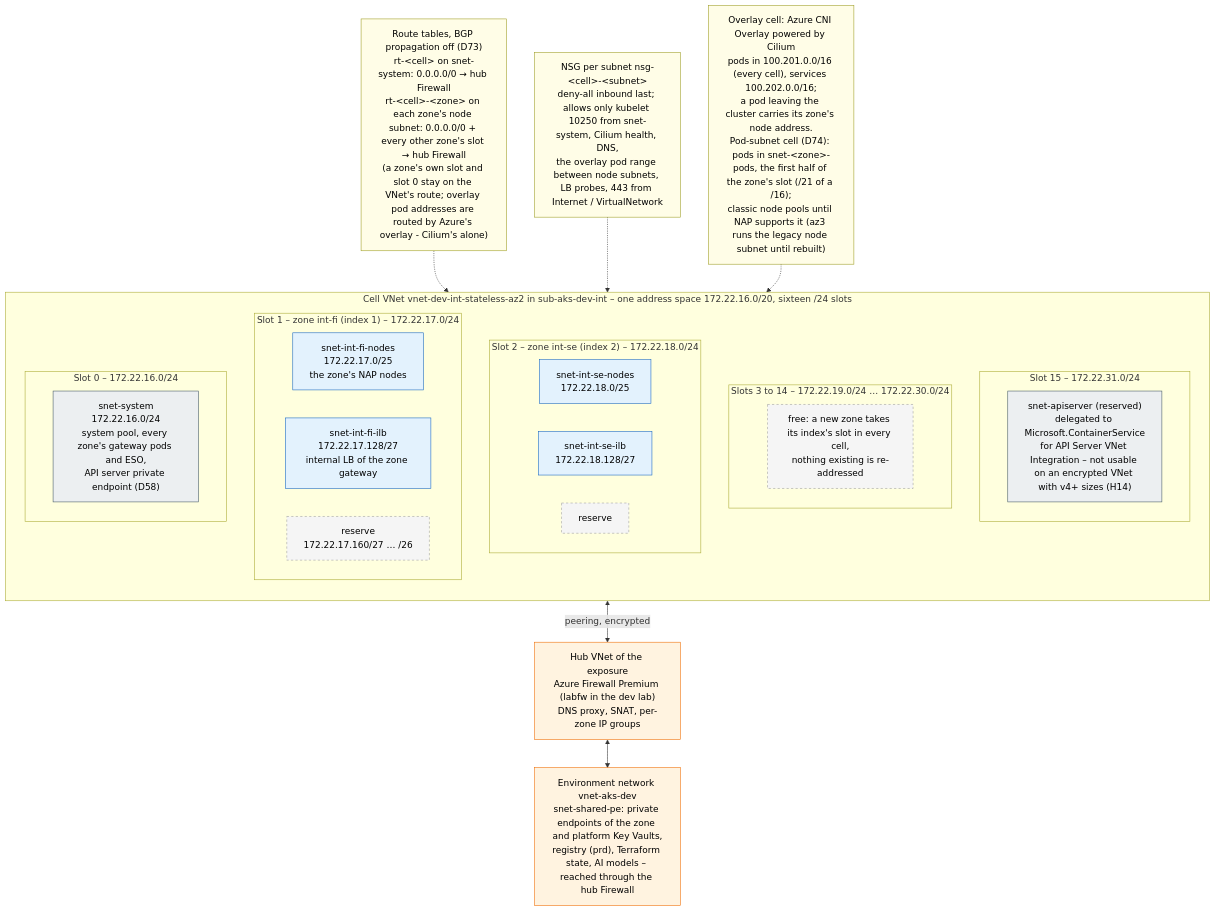
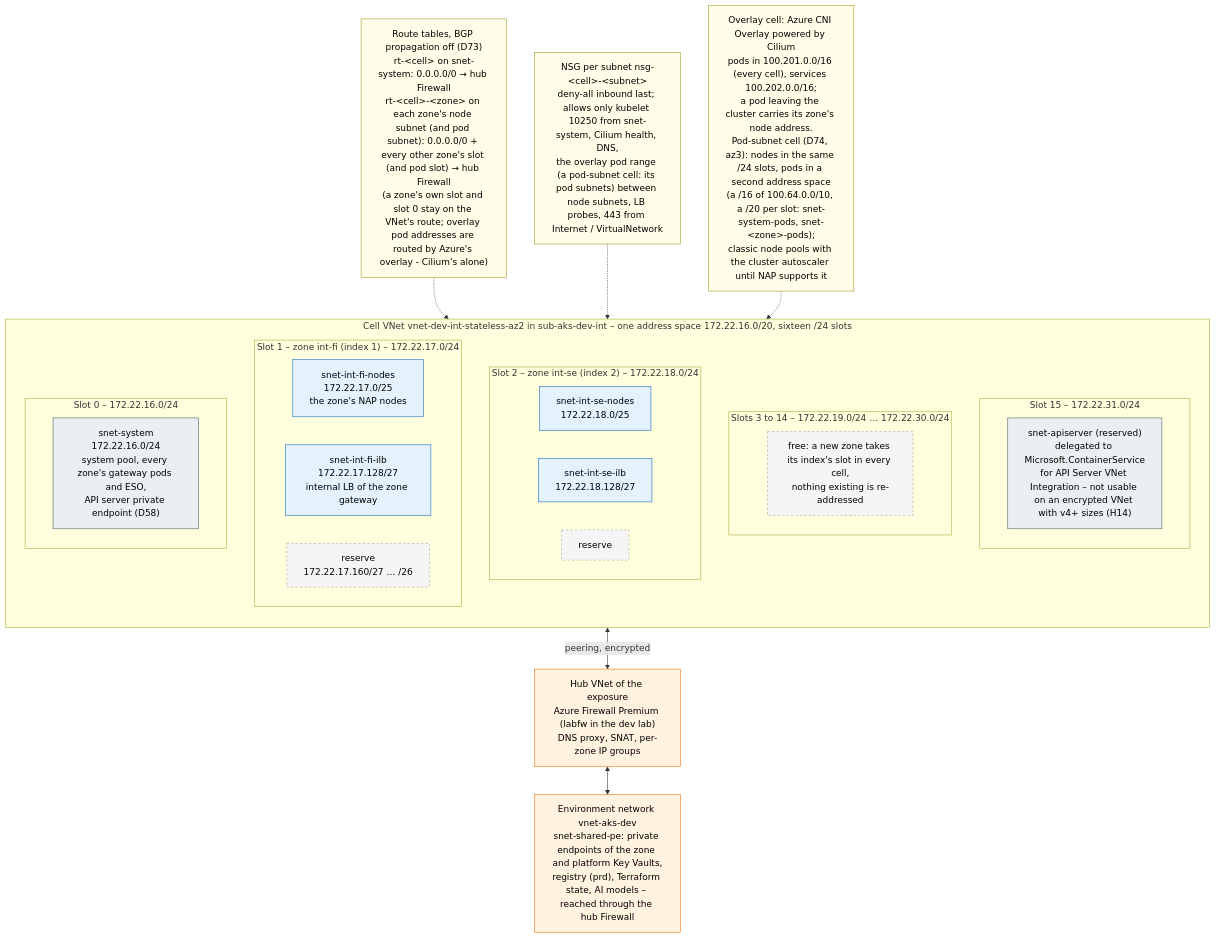
Before and after one commit to onek8s/onek8s.github.io: the diagram in diagrams/2.1-network-subnets.mmd, drawn with Mermaid. The commit also changed 16 other files, not shown here.

First line of the commit message:
az3 is the pod-subnet cell (D74, built 2026-10-18): nodes in /24 slots of 10.100.0.0/16, pods in 100.64.0.0/16; Dapr trial off (#78)

```diff
--- a/diagrams/2.1-network-subnets.mmd
+++ b/diagrams/2.1-network-subnets.mmd
@@ -1,61 +1,61 @@
 %% Subnet layout of an AKS spoke VNet, here an internal overlay cell with the dev lab's addressing (172.22.16.0/20).
 %% One address space per cell, cut into sixteen equal slots: slot 0 the system subnet, slots 1-14 the isolation
 %% zones by their index (the same index in every cell of the exposure), slot 15 reserved for the delegated API
 %% server subnet of VNet integration (H14). In a zone's slot the first half is the node subnet and the fifth eighth
-%% the load balancer subnet; the rest is reserve (address plan, section 3.1). A pod-subnet cell (D74) is the same
-%% with a /16 of 100.64.0.0/10, the pod subnet as the first half of the slot and the nodes in the sixth eighth; the lab's
-%% az3 still runs the legacy node subnet (D59) until it is rebuilt. Private endpoints are not in the cells (snet-shared-pe).
+%% the load balancer subnet; the rest is reserve (address plan, section 3.1). A pod-subnet cell (D74, the lab's az3
+%% since 2026-10-18) has the same slots for nodes and load balancers plus a second address space for pods, a /16 of
+%% 100.64.0.0/10 with a /20 per slot index (snet-system-pods, snet-<zone>-pods). Private endpoints are not in the cells (snet-shared-pe).
 %% Internal and external are separate clusters and subscriptions (D52): an external cell's VNet is the same layout
 %% with ext-fi / ext-se in its slots and public load balancers for its zone gateways. Since D73 (2026-10-18) a zone's node
 %% subnet routes every other zone's slot to the hub Firewall, so zone-to-zone traffic that carries node addresses is denied
 %% and logged there; the system subnet keeps the default route alone.
 flowchart TB
     subgraph VNET["Cell VNet vnet-dev-int-stateless-az2 in sub-aks-dev-int – one address space 172.22.16.0/20, sixteen /24 slots"]
         direction TB
         subgraph S15["Slot 15 – 172.22.31.0/24"]
             direction LR
             api["snet-apiserver (reserved)<br/>delegated to Microsoft.ContainerService<br/>for API Server VNet Integration – not usable on an encrypted VNet with v4+ sizes (H14)"]
         end
         subgraph SF["Slots 3 to 14 – 172.22.19.0/24 … 172.22.30.0/24"]
             direction LR
             free["free: a new zone takes its index's slot in every cell,<br/>nothing existing is re-addressed"]
         end
         subgraph S2["Slot 2 – zone int-se (index 2) – 172.22.18.0/24"]
             direction LR
             ise_n["snet-int-se-nodes<br/>172.22.18.0/25"]
             ise_i["snet-int-se-ilb<br/>172.22.18.128/27"]
             ise_r["reserve"]
         end
         subgraph S1["Slot 1 – zone int-fi (index 1) – 172.22.17.0/24"]
             direction LR
             ifi_n["snet-int-fi-nodes<br/>172.22.17.0/25<br/>the zone's NAP nodes"]
             ifi_i["snet-int-fi-ilb<br/>172.22.17.128/27<br/>internal LB of the zone gateway"]
             ifi_r["reserve<br/>172.22.17.160/27 … /26"]
         end
         subgraph S0["Slot 0 – 172.22.16.0/24"]
             direction LR
             sys["snet-system<br/>172.22.16.0/24<br/>system pool, every zone's gateway pods and ESO,<br/>API server private endpoint (D58)"]
         end
     end
 
     shared["Environment network vnet-aks-dev<br/>snet-shared-pe: private endpoints of the zone and platform Key Vaults,<br/>registry (prd), Terraform state, AI models – reached through the hub Firewall"]
     hub["Hub VNet of the exposure<br/>Azure Firewall Premium (labfw in the dev lab)<br/>DNS proxy, SNAT, per-zone IP groups"]
-    rt["Route tables, BGP propagation off (D73)<br/>rt-&lt;cell&gt; on snet-system: 0.0.0.0/0 → hub Firewall<br/>rt-&lt;cell&gt;-&lt;zone&gt; on each zone's node subnet: 0.0.0.0/0 + every other zone's slot → hub Firewall<br/>(a zone's own slot and slot 0 stay on the VNet's route; overlay pod addresses are routed by Azure's overlay - Cilium's alone)"]
-    nsg["NSG per subnet nsg-&lt;cell&gt;-&lt;subnet&gt;<br/>deny-all inbound last; allows only kubelet 10250 from snet-system, Cilium health, DNS,<br/>the overlay pod range between node subnets, LB probes, 443 from Internet / VirtualNetwork"]
-    cni["Overlay cell: Azure CNI Overlay powered by Cilium<br/>pods in 100.201.0.0/16 (every cell), services 100.202.0.0/16;<br/>a pod leaving the cluster carries its zone's node address.<br/>Pod-subnet cell (D74): pods in snet-&lt;zone&gt;-pods, the first half of the zone's slot (/21 of a /16);<br/>classic node pools until NAP supports it (az3 runs the legacy node subnet until rebuilt)"]
+    rt["Route tables, BGP propagation off (D73)<br/>rt-&lt;cell&gt; on snet-system: 0.0.0.0/0 → hub Firewall<br/>rt-&lt;cell&gt;-&lt;zone&gt; on each zone's node subnet (and pod subnet): 0.0.0.0/0 + every other zone's slot (and pod slot) → hub Firewall<br/>(a zone's own slot and slot 0 stay on the VNet's route; overlay pod addresses are routed by Azure's overlay - Cilium's alone)"]
+    nsg["NSG per subnet nsg-&lt;cell&gt;-&lt;subnet&gt;<br/>deny-all inbound last; allows only kubelet 10250 from snet-system, Cilium health, DNS,<br/>the overlay pod range (a pod-subnet cell: its pod subnets) between node subnets, LB probes, 443 from Internet / VirtualNetwork"]
+    cni["Overlay cell: Azure CNI Overlay powered by Cilium<br/>pods in 100.201.0.0/16 (every cell), services 100.202.0.0/16;<br/>a pod leaving the cluster carries its zone's node address.<br/>Pod-subnet cell (D74, az3): nodes in the same /24 slots, pods in a second address space<br/>(a /16 of 100.64.0.0/10, a /20 per slot: snet-system-pods, snet-&lt;zone&gt;-pods);<br/>classic node pools with the cluster autoscaler until NAP supports it"]
     rt -.-> VNET
     nsg -.-> VNET
     cni -.-> VNET
     VNET <-->|"peering, encrypted"| hub
     hub <--> shared
 
     classDef cp fill:#eceff1,stroke:#455a64,color:#000
     classDef int fill:#e3f2fd,stroke:#1565c0,color:#000
     classDef res fill:#f5f5f5,stroke:#9e9e9e,color:#000,stroke-dasharray: 4 4
     classDef note fill:#fffde7,stroke:#9e9d24,color:#000
     classDef ext fill:#fff3e0,stroke:#ef6c00,color:#000
     class sys,api cp
     class ifi_n,ifi_i,ise_n,ise_i int
     class ifi_r,ise_r,free res
     class rt,nsg,cni note
     class shared,hub ext
```
